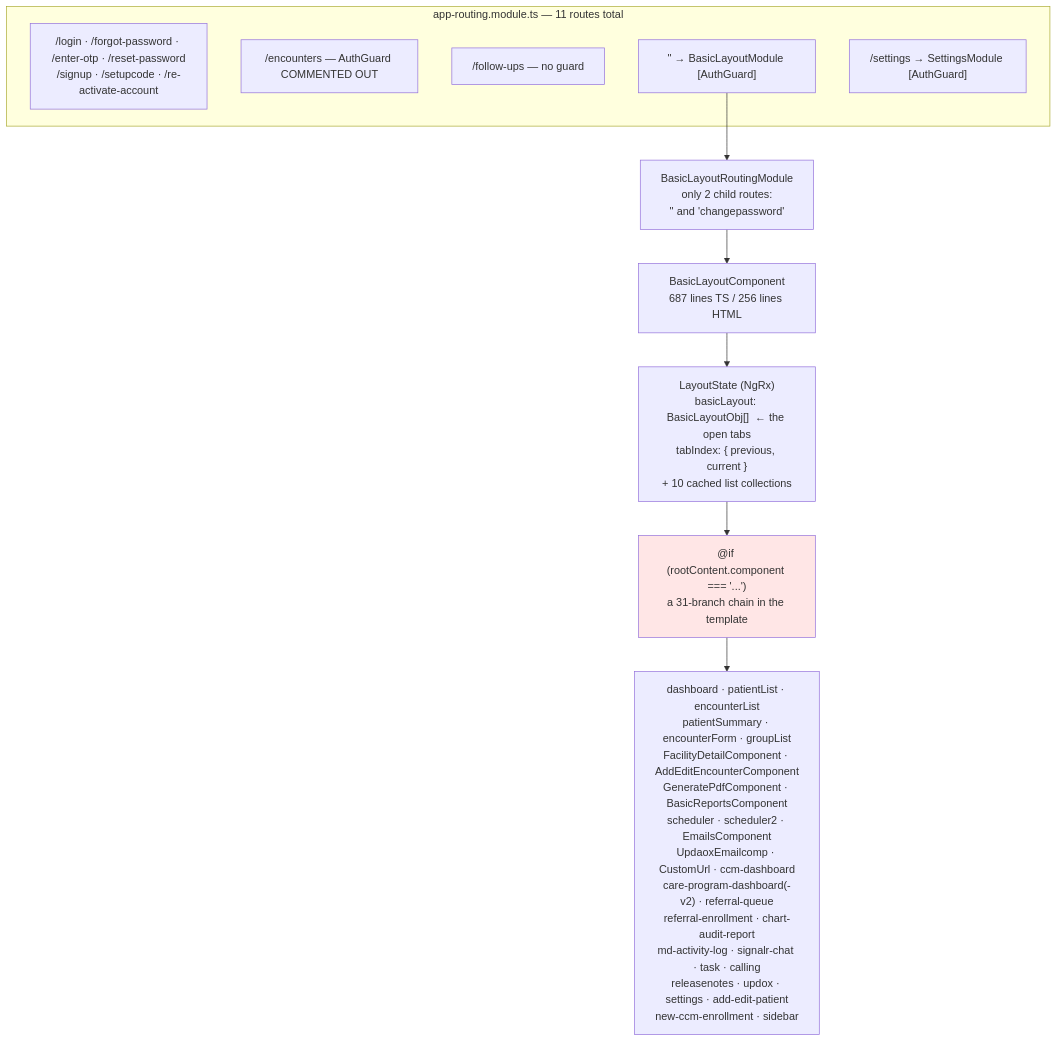
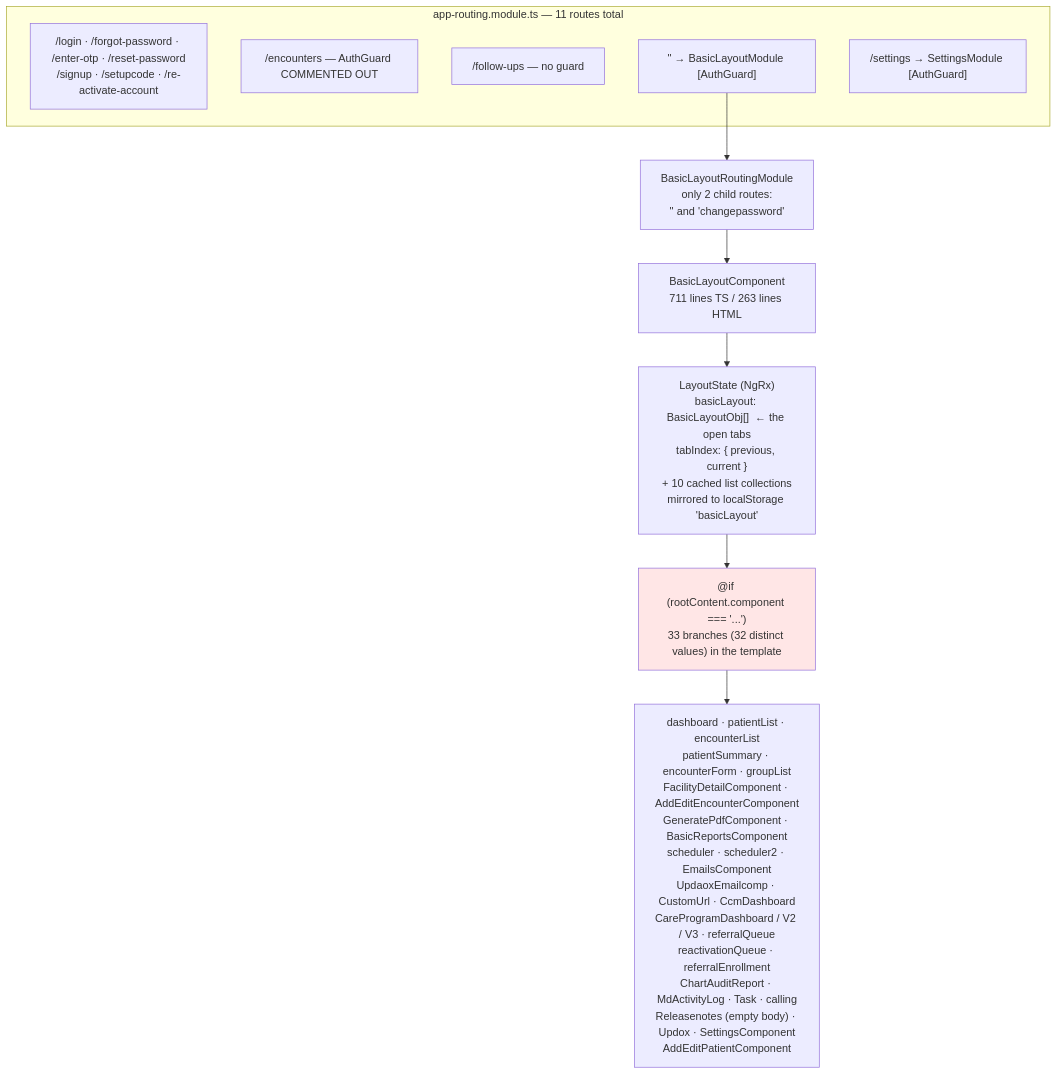
The third of 5 diagrams in docs/architecture/current/09-spa-shell-navigation-deep-dive.md (hemsingh-3PG/sai-systems-AIRE), drawn with Mermaid before and after one commit. The commit also changed other lines of this file and 285 other files, not shown here.

````diff
--- a/docs/architecture/current/09-spa-shell-navigation-deep-dive.md
+++ b/docs/architecture/current/09-spa-shell-navigation-deep-dive.md
@@ -87,20 +115,20 @@
 ```mermaid
 flowchart TB
   subgraph Routes["app-routing.module.ts — 11 routes total"]
     R1["/login · /forgot-password · /enter-otp · /reset-password<br/>/signup · /setupcode · /re-activate-account"]
     R2["/encounters — AuthGuard COMMENTED OUT"]
     R3["/follow-ups — no guard"]
     R4["'' → BasicLayoutModule [AuthGuard]"]
     R5["/settings → SettingsModule [AuthGuard]"]
   end
 
   R4 --> BL["BasicLayoutRoutingModule<br/>only 2 child routes:<br/>'' and 'changepassword'"]
-  BL --> SHELL["BasicLayoutComponent<br/>687 lines TS / 256 lines HTML"]
+  BL --> SHELL["BasicLayoutComponent<br/>711 lines TS / 263 lines HTML"]
 
-  SHELL --> ST["LayoutState (NgRx)<br/>basicLayout: BasicLayoutObj[]  ← the open tabs<br/>tabIndex: { previous, current }<br/>+ 10 cached list collections"]
-  ST --> SW["@if (rootContent.component === '...')<br/>a 31-branch chain in the template"]
+  SHELL --> ST["LayoutState (NgRx)<br/>basicLayout: BasicLayoutObj[]  ← the open tabs<br/>tabIndex: { previous, current }<br/>+ 10 cached list collections<br/>mirrored to localStorage 'basicLayout'"]
+  ST --> SW["@if (rootContent.component === '...')<br/>33 branches (32 distinct values) in the template"]
 
-  SW --> C1["dashboard · patientList · encounterList<br/>patientSummary · encounterForm · groupList<br/>FacilityDetailComponent · AddEditEncounterComponent<br/>GeneratePdfComponent · BasicReportsComponent<br/>scheduler · scheduler2 · EmailsComponent<br/>UpdaoxEmailcomp · CustomUrl · ccm-dashboard<br/>care-program-dashboard(-v2) · referral-queue<br/>referral-enrollment · chart-audit-report<br/>md-activity-log · signalr-chat · task · calling<br/>releasenotes · updox · settings · add-edit-patient<br/>new-ccm-enrollment · sidebar"]
+  SW --> C1["dashboard · patientList · encounterList<br/>patientSummary · encounterForm · groupList<br/>FacilityDetailComponent · AddEditEncounterComponent<br/>GeneratePdfComponent · BasicReportsComponent<br/>scheduler · scheduler2 · EmailsComponent<br/>UpdaoxEmailcomp · CustomUrl · CcmDashboard<br/>CareProgramDashboard / V2 / V3 · referralQueue<br/>reactivationQueue · referralEnrollment<br/>ChartAuditReport · MdActivityLog · Task · calling<br/>Releasenotes (empty body) · Updox · SettingsComponent<br/>AddEditPatientComponent"]
 
   style SW fill:#ffe6e6
 ```
````
